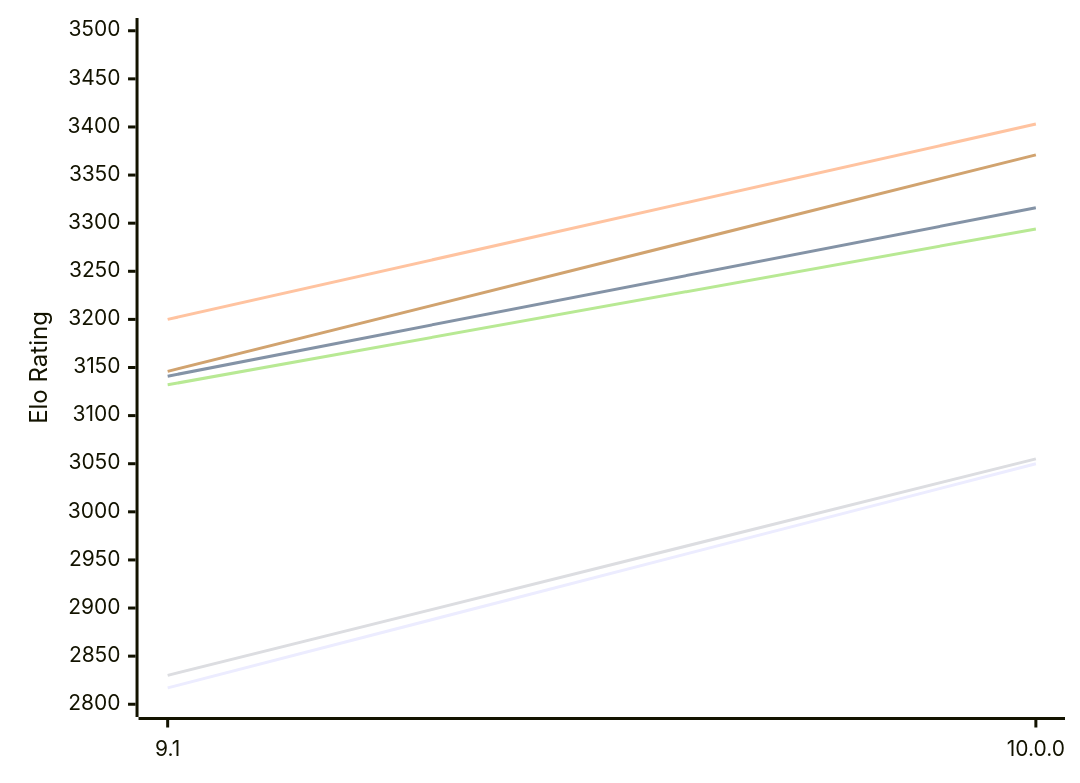
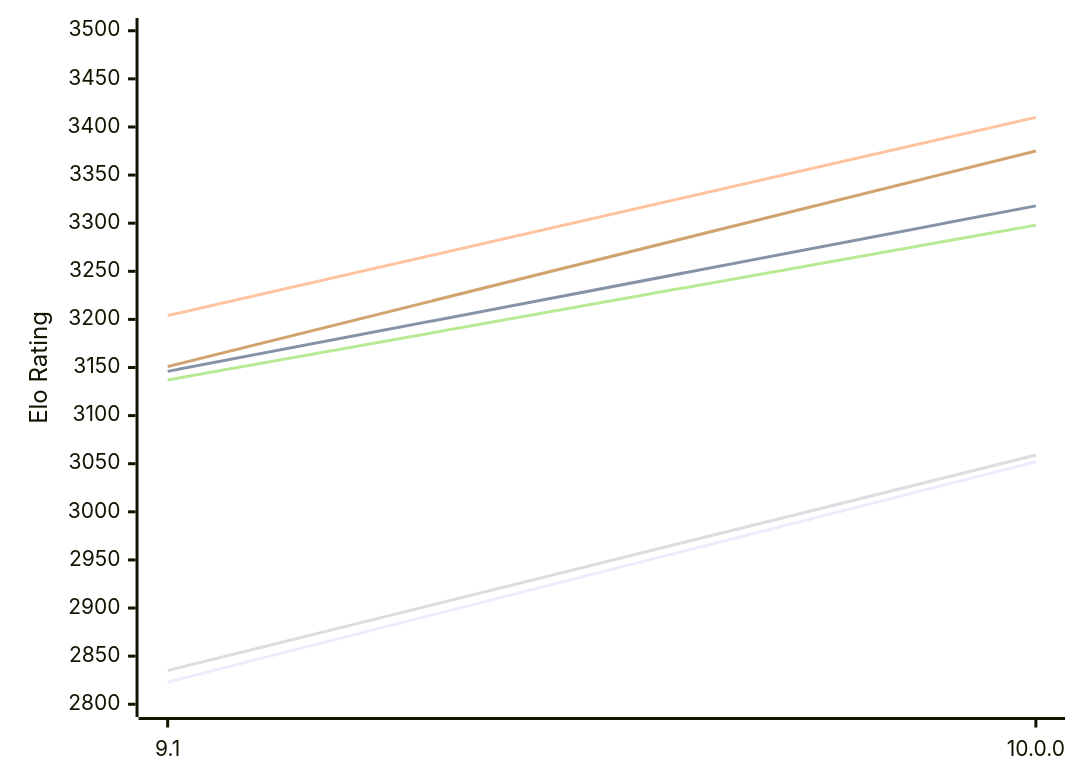
Before and after one commit to computer-chess-index/cci: the first of 2 diagrams in engines/Pea.md, drawn with Mermaid. The commit also changed other lines of this file, not shown here.

Commit message:
Update CCI Ratings (ELO VLTC) - 2026-11-20

````diff
--- a/engines/Pea.md
+++ b/engines/Pea.md
@@ -58,12 +58,12 @@
 ```mermaid
 %%{init: {"theme":"base","themeVariables":{"seriesColors:['#a3a3a3','#222221','#faa371']}}}%%
 xychart-beta
   x-axis ["9.1", "10.0.0"]
   y-axis "Elo Rating" 2800 --> 3500
-  line "E1: STC (8.0+0.08s)" [2817, 3050]
-  line "E1: LTC (60.0+0.60s)" [3141, 3316]
-  line "E1: VLTC (2m24s+1.12s)" [3200, 3403]
-  line "P1: STC (8.0+0.08s)" [2830, 3055]
-  line "P1: LTC (60.0+0.60s)" [3132, 3294]
-  line "P1: VLTC (2m24s+1.12s)" [3146, 3371]
+  line "E1: STC (8.0+0.08s)" [2823, 3052]
+  line "E1: LTC (60.0+0.60s)" [3146, 3318]
+  line "E1: VLTC (2m24s+1.12s)" [3204, 3410]
+  line "P1: STC (8.0+0.08s)" [2835, 3059]
+  line "P1: LTC (60.0+0.60s)" [3137, 3298]
+  line "P1: VLTC (2m24s+1.12s)" [3151, 3375]
 ```
````
